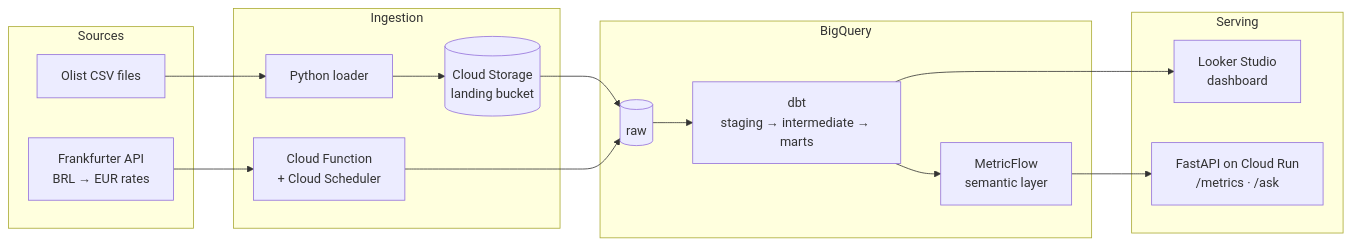
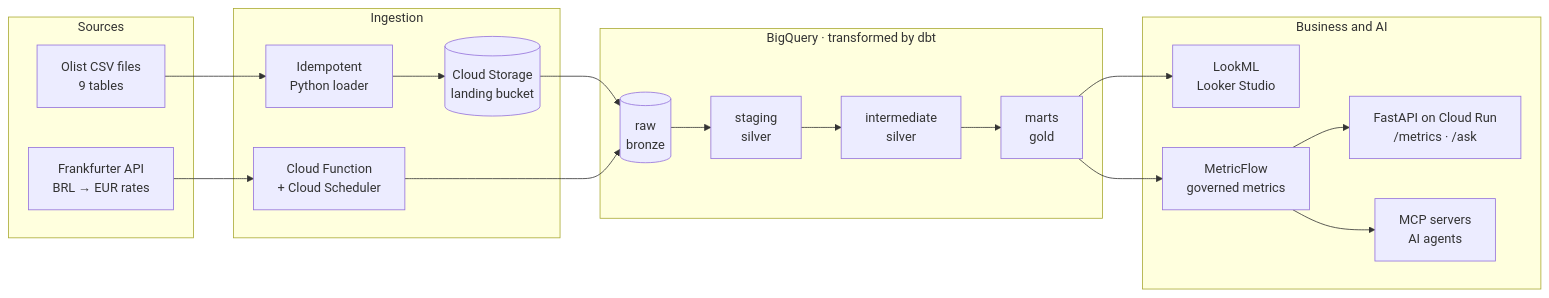
The diagram in README.md (seyvmr/retail-analytics-platform), drawn with Mermaid before and after one commit. The commit also changed other lines of this file and 1 other file, not shown here.

Commit message:
docs: align readme with v2 roadmap and add coding agent instructions

````diff
--- a/README.md
+++ b/README.md
@@ -15,26 +15,30 @@
 ```mermaid
 flowchart LR
     subgraph Sources
-        A["Olist CSV files"]
+        A["Olist CSV files<br/>9 tables"]
         B["Frankfurter API<br/>BRL → EUR rates"]
     end
     subgraph Ingestion
-        C["Python loader"]
+        C["Idempotent<br/>Python loader"]
         D["Cloud Function<br/>+ Cloud Scheduler"]
         E[("Cloud Storage<br/>landing bucket")]
     end
-    subgraph BigQuery
-        F[("raw")]
-        G["dbt<br/>staging → intermediate → marts"]
-        H["MetricFlow<br/>semantic layer"]
+    subgraph BigQuery["BigQuery · transformed by dbt"]
+        F[("raw<br/>bronze")]
+        G["staging<br/>silver"]
+        H["intermediate<br/>silver"]
+        I["marts<br/>gold"]
     end
-    subgraph Serving
-        I["Looker Studio<br/>dashboard"]
-        J["FastAPI on Cloud Run<br/>/metrics · /ask"]
+    subgraph Serving["Business and AI"]
+        J["LookML<br/>Looker Studio"]
+        K["MetricFlow<br/>governed metrics"]
+        L["FastAPI on Cloud Run<br/>/metrics · /ask"]
+        M["MCP servers<br/>AI agents"]
     end
     A --> C --> E --> F
     B --> D --> F
-    F --> G --> H
-    G --> I
-    H --> J
+    F --> G --> H --> I
+    I --> J
+    I --> K --> L
+    K --> M
 ```
````
